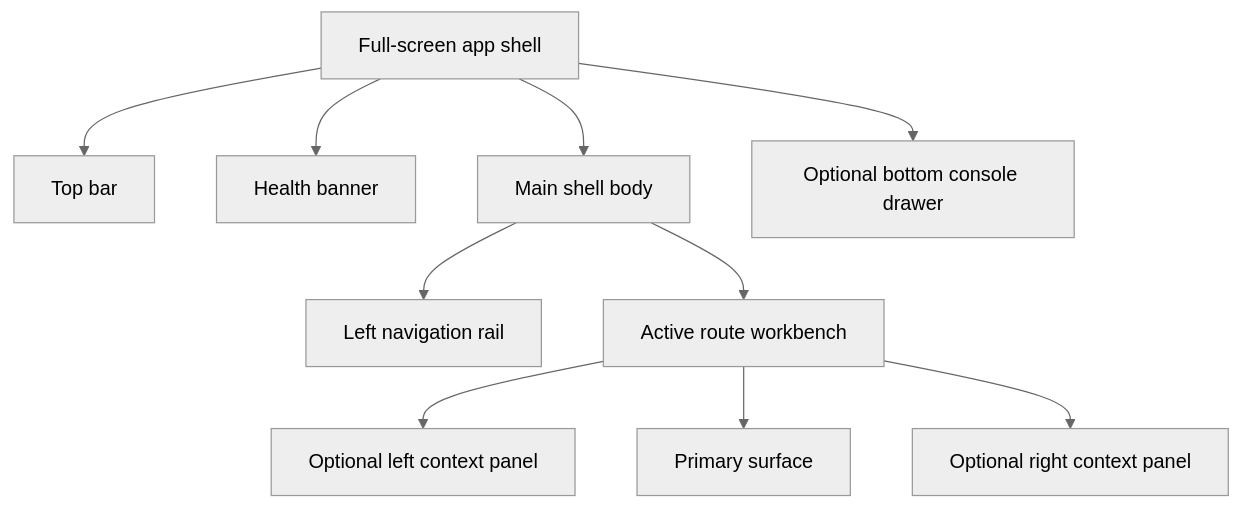
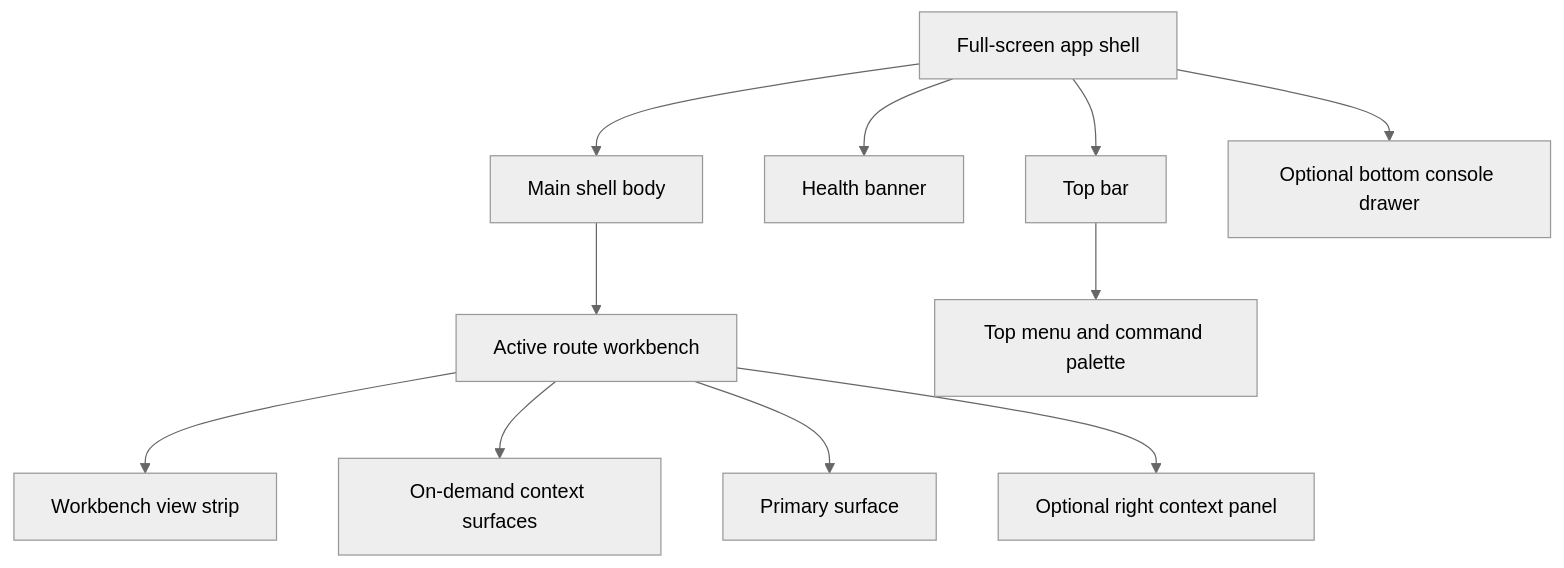
The diagram in docs/architecture/components/web/workbench-ui-contract-and-component-inventory.md (dunay2/dvt), drawn with Mermaid (neutral theme) before and after one commit. The commit also changed other lines of this file and 15 other files, not shown here.

Commit message:
docs(docs): Align Canvas workbench UX route

````diff
--- a/docs/architecture/components/web/workbench-ui-contract-and-component-inventory.md
+++ b/docs/architecture/components/web/workbench-ui-contract-and-component-inventory.md
@@ -53,12 +53,13 @@
 ```mermaid
 flowchart TB
   App["Full-screen app shell"] --> Top["Top bar"]
   App --> Health["Health banner"]
   App --> Body["Main shell body"]
-  Body --> Nav["Left navigation rail"]
   Body --> Route["Active route workbench"]
-  Route --> Left["Optional left context panel"]
+  Top --> Menu["Top menu and command palette"]
+  Route --> Views["Workbench view strip"]
+  Route --> Overlay["On-demand context surfaces"]
   Route --> Center["Primary surface"]
   Route --> Right["Optional right context panel"]
   App --> Bottom["Optional bottom console drawer"]
 ```
````
